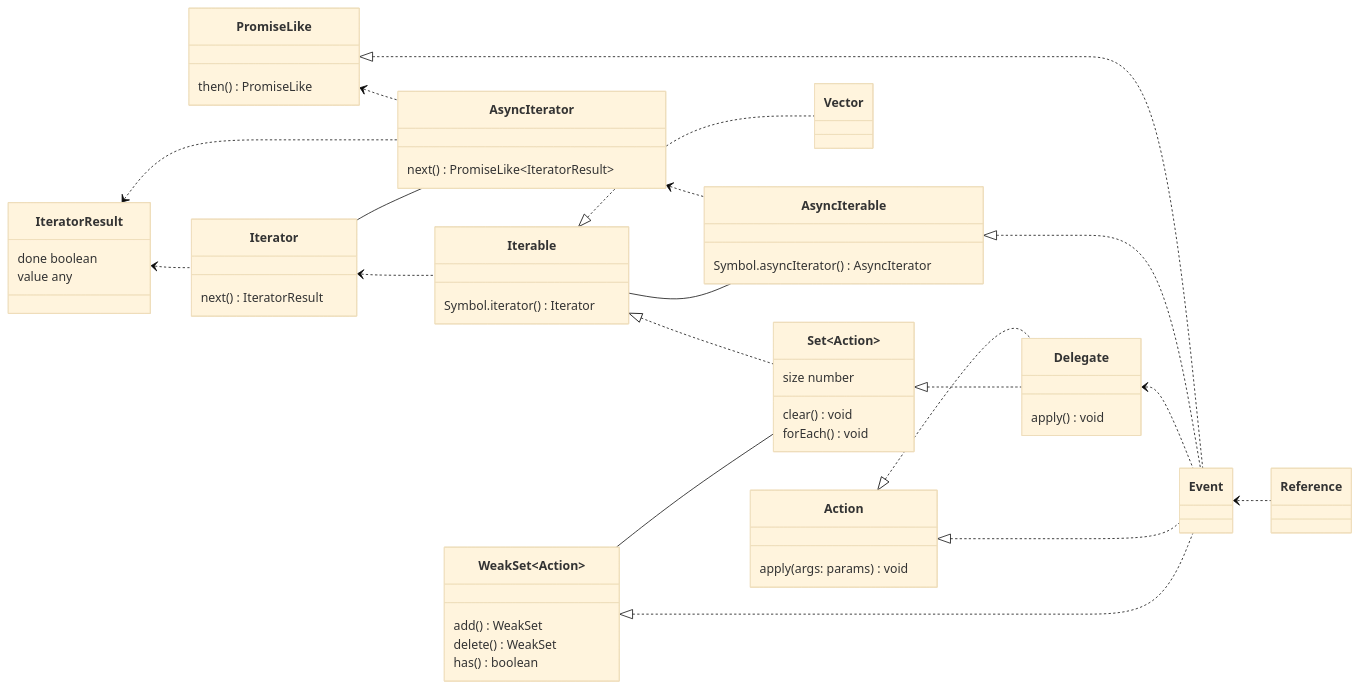
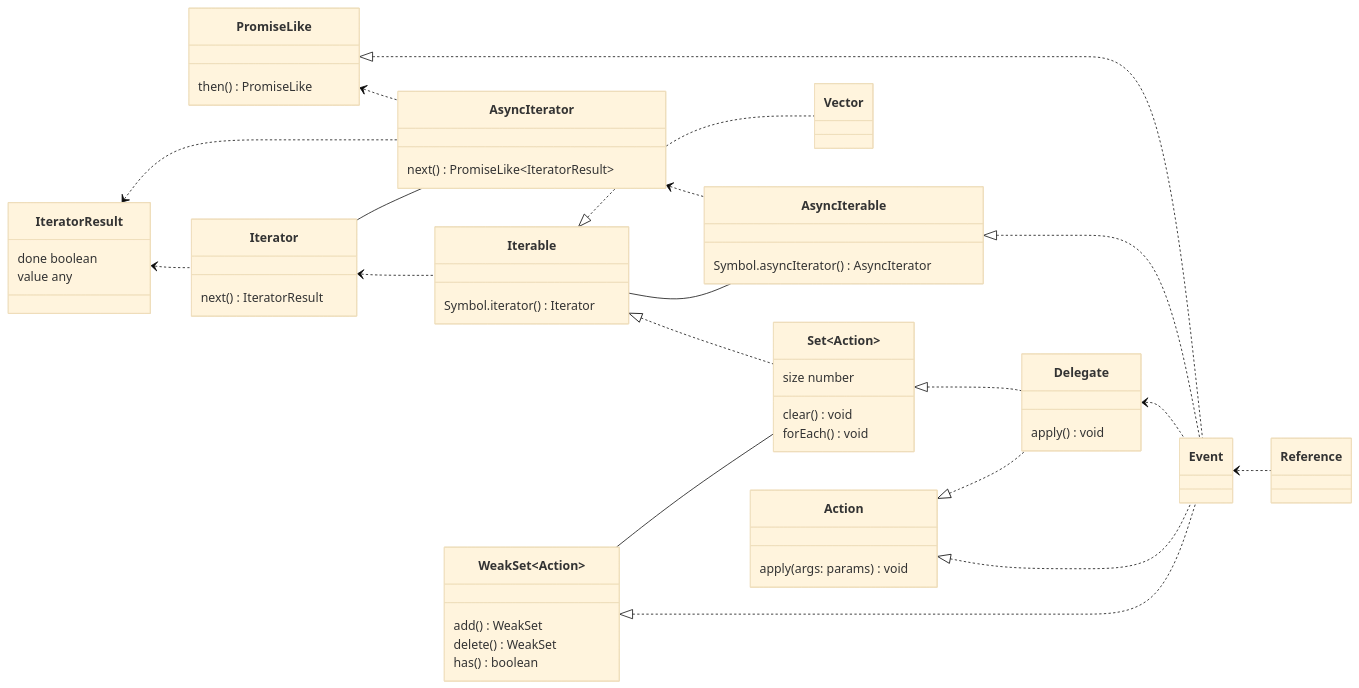
One commit to domrally/peekeasy changed the fifth of 5 diagrams in README.md. Above: the diagram before and after it, drawn with Mermaid (base theme). The commit also changed other lines of this file, not shown here.

````diff
--- a/README.md
+++ b/README.md
@@ -221,62 +221,62 @@
 ```mermaid
 classDiagram
     direction LR
     PromiseLike <|.. Event
     PromiseLike <.. AsyncIterator
     IteratorResult <.. AsyncIterator
     Iterator -- AsyncIterator
     AsyncIterator <.. AsyncIterable
     Iterable -- AsyncIterable
     AsyncIterable <|.. Event
     IteratorResult <.. Iterator
     Iterator <.. Iterable
     Iterable <|.. Vector
     Iterable <|.. Set~Action~
     Delegate <.. Event
-    Action <|.. Delegate
     Action <|.. Event
     Set~Action~ <|.. Delegate
+    Action <|.. Delegate
     WeakSet~Action~ -- Set~Action~
     WeakSet~Action~ <|.. Event
     Event <.. Reference
     class IteratorResult {
         done boolean
         value any
     }
     class AsyncIterable {
         Symbol.asyncIterator() AsyncIterator
     }
     class Iterable {
         Symbol.iterator() Iterator
     }
     class Iterator {
         next() IteratorResult
     }
     class AsyncIterator {
         next() PromiseLike~IteratorResult~
     }
     class PromiseLike {
         then() PromiseLike
     }
     class WeakSet {
         add() WeakSet
         delete() WeakSet
         has() boolean
     }
     class Set {
         size number
         clear() void
         forEach() void
     }
     class Action {
         apply(args: params) void
     }
     class Delegate {
         apply() void
     }
     link Delegate "https://github.com/domrally/peekeasy/blob/main/src/delegate.ts" "delegate.ts"
     class Event
     link Event "https://github.com/domrally/peekeasy/blob/main/src/event.ts" "event.ts"
     class Vector
     link Vector "https://github.com/domrally/peekeasy/blob/main/src/vector.ts" "vector.ts"
 ```
````
